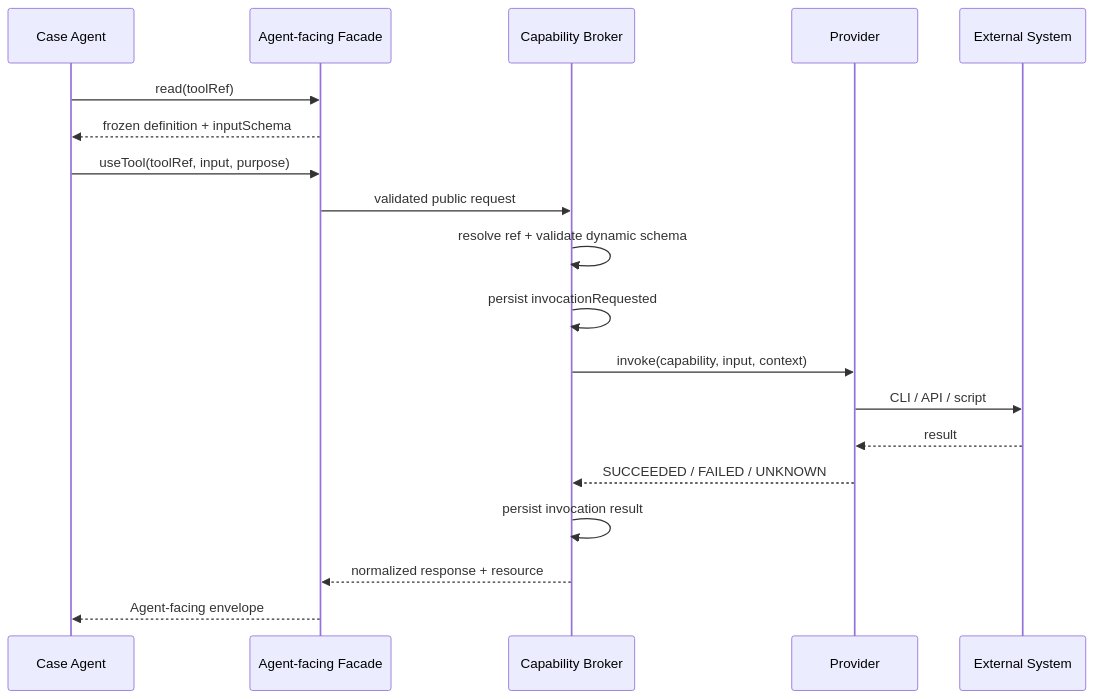
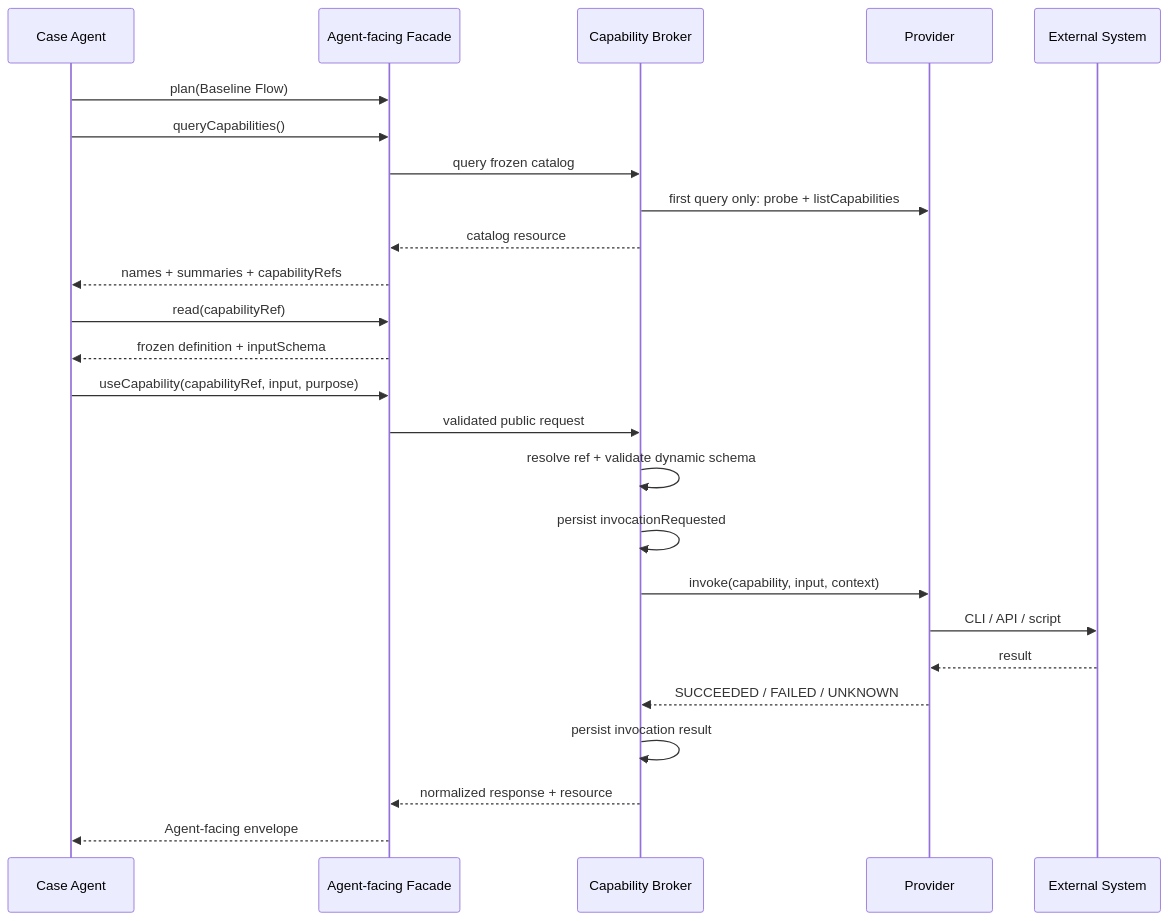
One commit to lianghuihui-plus/DevKit changed the second of 2 diagrams in skills/mobile-ai-visual-test/docs/superpowers/specs/2026-10-09-capability-modules-design.md. Above: the diagram before and after it, drawn with Mermaid. The commit also changed other lines of this file, not shown here.

Commit message:
docs(mavt): minimize capability module integration

````diff
--- a/skills/mobile-ai-visual-test/docs/superpowers/specs/2026-10-09-capability-modules-design.md
+++ b/skills/mobile-ai-visual-test/docs/superpowers/specs/2026-10-09-capability-modules-design.md
@@ -308,22 +311,28 @@
 ```mermaid
 sequenceDiagram
   participant A as Case Agent
   participant F as Agent-facing Facade
   participant B as Capability Broker
   participant M as Provider
   participant X as External System
 
-  A->>F: read(toolRef)
+  A->>F: plan(Baseline Flow)
+  A->>F: queryCapabilities()
+  F->>B: query frozen catalog
+  B->>M: first query only: probe + listCapabilities
+  B-->>F: catalog resource
+  F-->>A: names + summaries + capabilityRefs
+  A->>F: read(capabilityRef)
   F-->>A: frozen definition + inputSchema
-  A->>F: useTool(toolRef, input, purpose)
+  A->>F: useCapability(capabilityRef, input, purpose)
   F->>B: validated public request
   B->>B: resolve ref + validate dynamic schema
   B->>B: persist invocationRequested
   B->>M: invoke(capability, input, context)
   M->>X: CLI / API / script
   X-->>M: result
   M-->>B: SUCCEEDED / FAILED / UNKNOWN
   B->>B: persist invocation result
   B-->>F: normalized response + resource
   F-->>A: Agent-facing envelope
 ```
````
